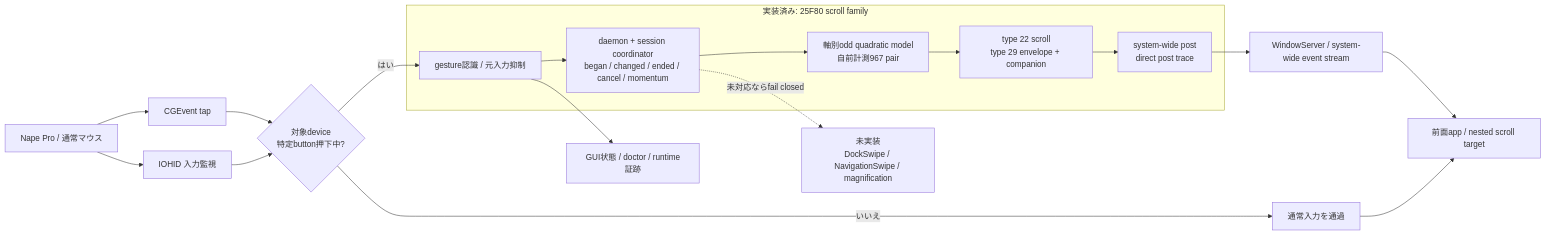
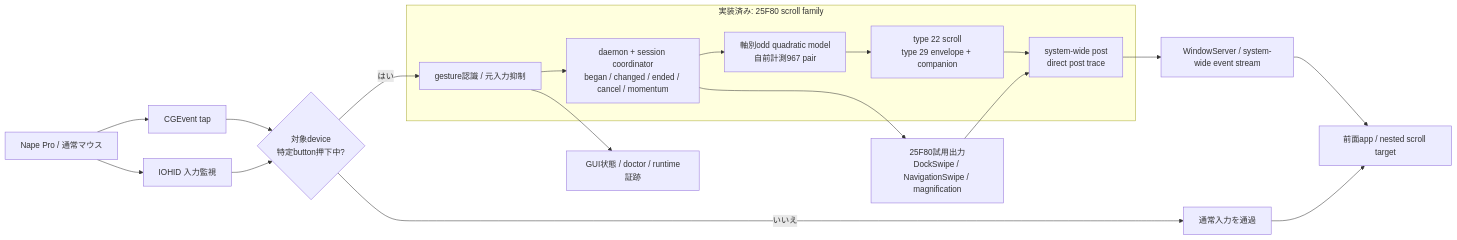
One commit to char5742/nape-gesture changed the first of 2 diagrams in README.md. Above: the diagram before and after it, drawn with Mermaid. The commit also changed other lines of this file and 8 other files, not shown here.

````diff
--- a/README.md
+++ b/README.md
@@ -30,22 +30,23 @@
 ```mermaid
 flowchart LR
     mouse["Nape Pro / 通常マウス"] --> tap["CGEvent tap"]
     mouse --> hid["IOHID 入力監視"]
     tap --> gate{"対象device<br/>特定button押下中?"}
     hid --> gate
     gate -->|いいえ| pass["通常入力を通過"]
     gate -->|はい| recognize["gesture認識 / 元入力抑制"]
 
     subgraph scroll["実装済み: 25F80 scroll family"]
         recognize --> session["daemon + session coordinator<br/>began / changed / ended / cancel / momentum"]
         session --> model["軸別odd quadratic model<br/>自前計測967 pair"]
         model --> batch["type 22 scroll<br/>type 29 envelope + companion"]
         batch --> post["system-wide post<br/>direct post trace"]
     end
 
     post --> stream["WindowServer / system-wide event stream"]
     stream --> app["前面app / nested scroll target"]
     pass --> app
-    session -.->|未対応ならfail closed| pending["未実装<br/>DockSwipe / NavigationSwipe / magnification"]
+    session --> trial["25F80試用出力<br/>DockSwipe / NavigationSwipe / magnification"]
+    trial --> post
     recognize --> status["GUI状態 / doctor / runtime証跡"]
 ```
````
